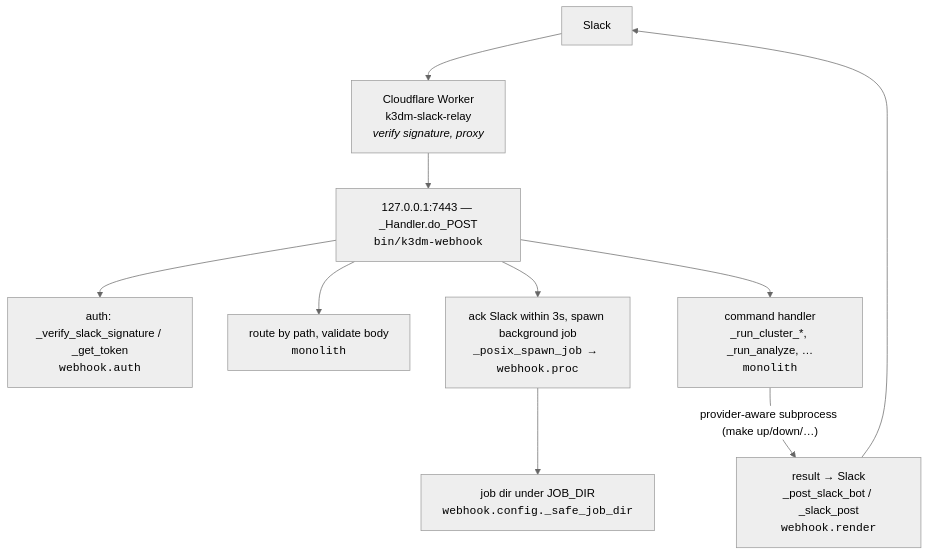
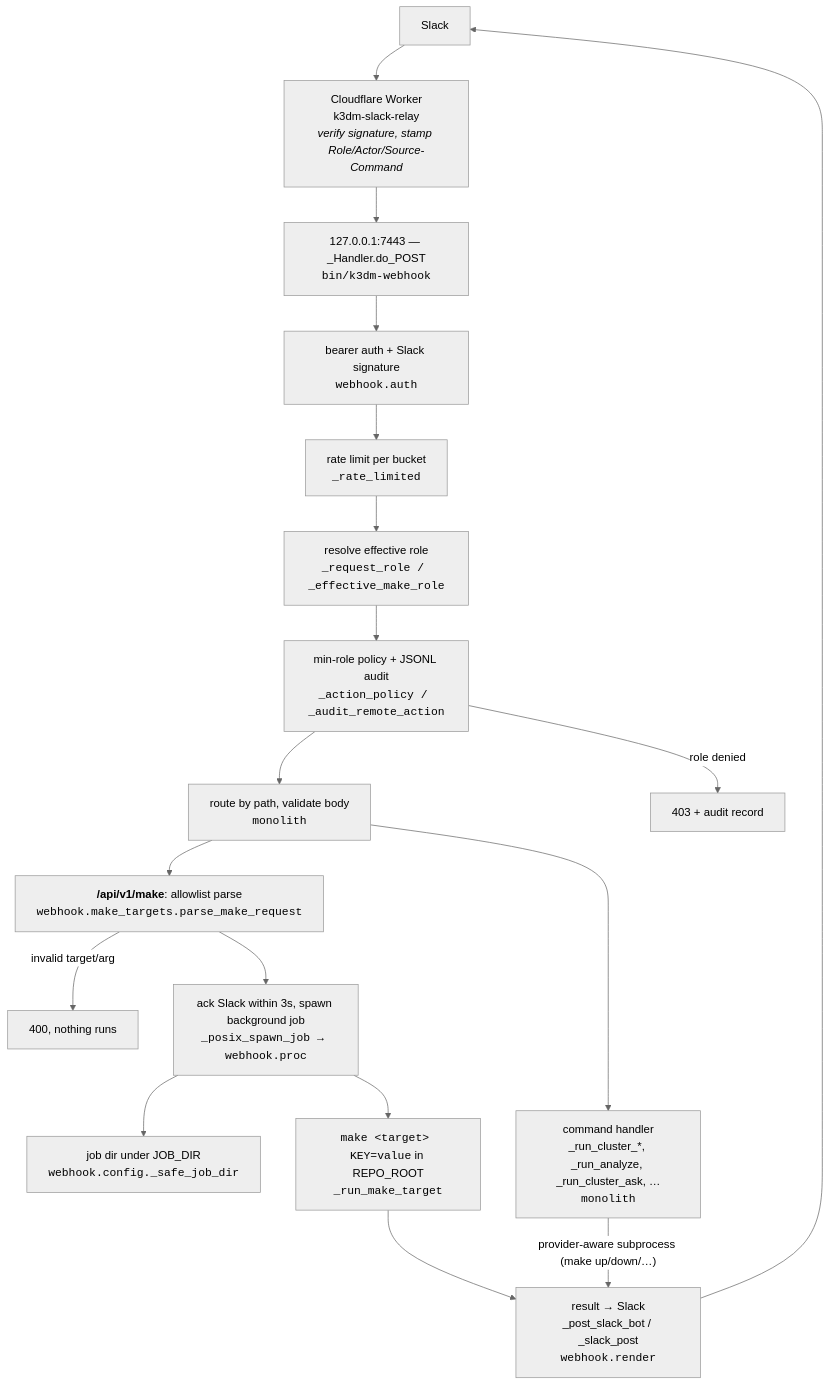
The second of 2 diagrams in docs/architecture/webhook-server.md (wilddog64/k3d-manager), drawn with Mermaid (neutral theme) before and after one commit. The commit also changed other lines of this file and 2 other files, not shown here.

First line of the commit message:
docs(architecture): realign webhook + relay docs with the current server

````diff
--- a/docs/architecture/webhook-server.md
+++ b/docs/architecture/webhook-server.md
@@ -102,21 +117,30 @@
 ```mermaid
 flowchart TD
     SLACK["Slack"]
-    CF["Cloudflare Worker<br/>k3dm-slack-relay<br/><i>verify signature, proxy</i>"]
+    CF["Cloudflare Worker<br/>k3dm-slack-relay<br/><i>verify signature, stamp Role/Actor/Source-Command</i>"]
     HANDLER["127.0.0.1:7443 — _Handler.do_POST<br/><code>bin/k3dm-webhook</code>"]
-    AUTH["auth: _verify_slack_signature / _get_token<br/><code>webhook.auth</code>"]
+    AUTH["bearer auth + Slack signature<br/><code>webhook.auth</code>"]
+    RATE["rate limit per bucket<br/><code>_rate_limited</code>"]
+    ROLE["resolve effective role<br/><code>_request_role / _effective_make_role</code>"]
+    POLICY["min-role policy + JSONL audit<br/><code>_action_policy / _audit_remote_action</code>"]
     ROUTE["route by path, validate body<br/><code>monolith</code>"]
+    MAKEP["<b>/api/v1/make</b>: allowlist parse<br/><code>webhook.make_targets.parse_make_request</code>"]
     ACK["ack Slack within 3s, spawn background job<br/><code>_posix_spawn_job → webhook.proc</code>"]
     JOBDIR["job dir under JOB_DIR<br/><code>webhook.config._safe_job_dir</code>"]
-    CMD["command handler<br/>_run_cluster_*, _run_analyze, …<br/><code>monolith</code>"]
+    CMD["command handler<br/>_run_cluster_*, _run_analyze, _run_cluster_ask, …<br/><code>monolith</code>"]
+    MAKER["<code>make &lt;target&gt; KEY=value</code> in REPO_ROOT<br/><code>_run_make_target</code>"]
     RESULT["result → Slack<br/>_post_slack_bot / _slack_post<br/><code>webhook.render</code>"]
 
     SLACK --> CF --> HANDLER
-    HANDLER --> AUTH
-    HANDLER --> ROUTE
-    HANDLER --> ACK
+    HANDLER --> AUTH --> RATE --> ROLE --> POLICY --> ROUTE
+    POLICY -->|"role denied"| DENY["403 + audit record"]
+    ROUTE --> MAKEP
+    ROUTE --> CMD
+    MAKEP -->|"invalid target/arg"| BAD["400, nothing runs"]
+    MAKEP --> ACK
     ACK --> JOBDIR
-    HANDLER --> CMD
+    ACK --> MAKER
     CMD -->|"provider-aware subprocess (make up/down/…)"| RESULT
+    MAKER --> RESULT
     RESULT --> SLACK
 ```
````
